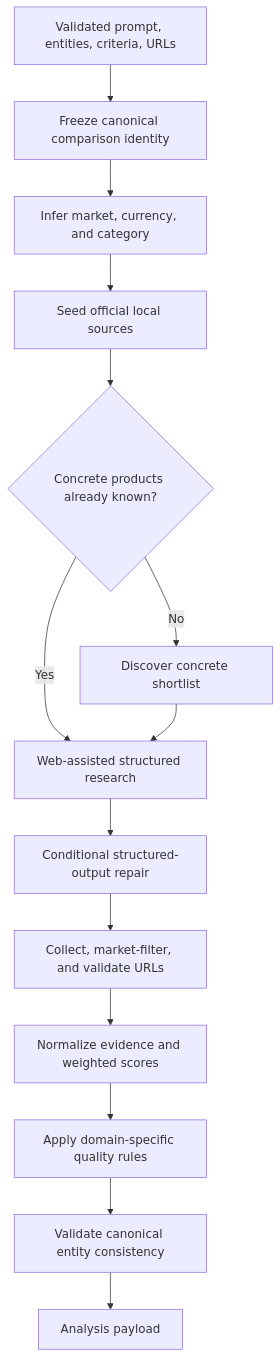
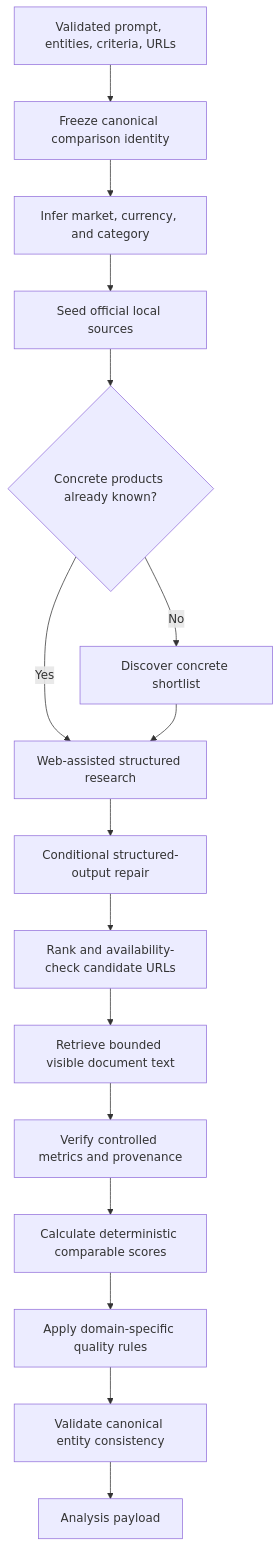
One commit to bharanmanivannan-sys/Vendor_Comparison_Clerk_Replit changed the fifth of 7 diagrams in docs/architecture-and-design.md. Above: the diagram before and after it, drawn with Mermaid. The commit also changed other lines of this file and 10 other files, not shown here.

Commit message:
Document verified evidence architecture

````diff
--- a/docs/architecture-and-design.md
+++ b/docs/architecture-and-design.md
@@ -269,30 +272,34 @@
 ```mermaid
 flowchart TD
     Input[Validated prompt, entities, criteria, URLs]
     Identity[Freeze canonical comparison identity]
     Market[Infer market, currency, and category]
     Official[Seed official local sources]
     Discovery{Concrete products already known?}
     Shortlist[Discover concrete shortlist]
     Research[Web-assisted structured research]
     Repair[Conditional structured-output repair]
-    URLs[Collect, market-filter, and validate URLs]
-    Normalize[Normalize evidence and weighted scores]
+    URLs[Rank and availability-check candidate URLs]
+    Retrieve[Retrieve bounded visible document text]
+    Verify[Verify controlled metrics and provenance]
+    Normalize[Calculate deterministic comparable scores]
     Domain[Apply domain-specific quality rules]
     Canonical[Validate canonical entity consistency]
     Result[Analysis payload]
 
     Input --> Identity
     Identity --> Market
     Market --> Official
     Official --> Discovery
     Discovery -->|No| Shortlist
     Discovery -->|Yes| Research
     Shortlist --> Research
     Research --> Repair
     Repair --> URLs
-    URLs --> Normalize
+    URLs --> Retrieve
+    Retrieve --> Verify
+    Verify --> Normalize
     Normalize --> Domain
     Domain --> Canonical
     Canonical --> Result
 ```
````
